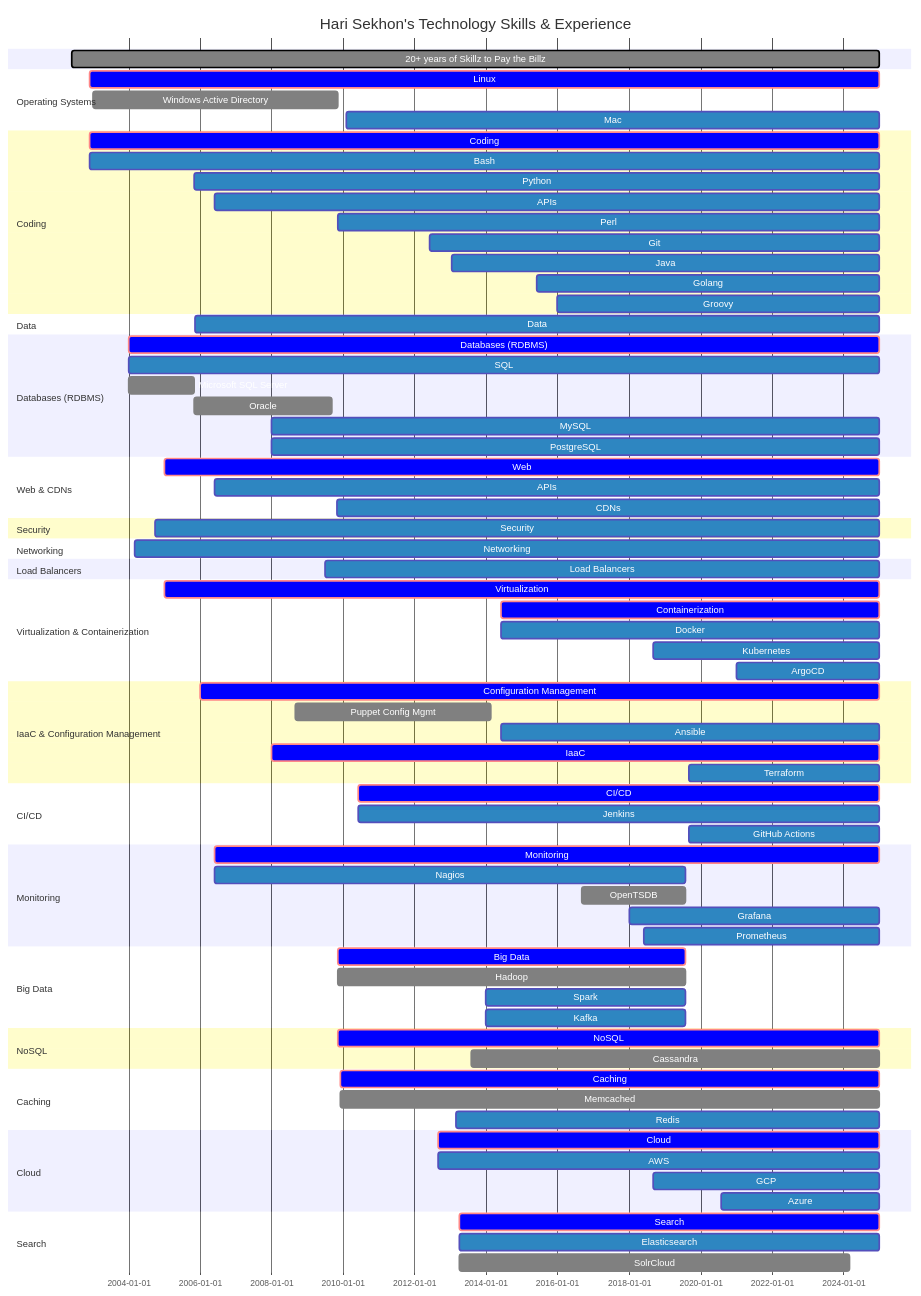
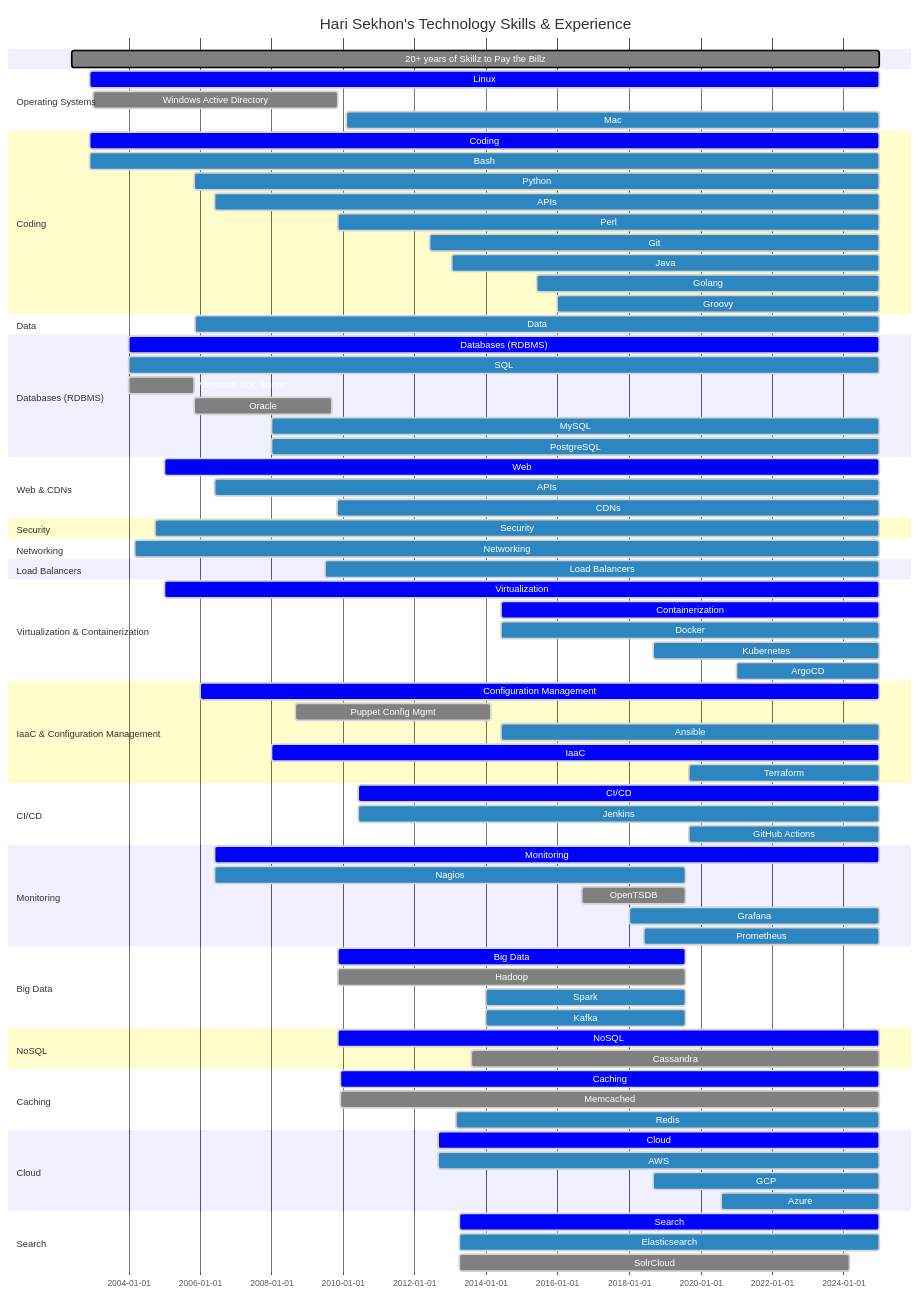
One commit to HariSekhon/HariSekhon changed the diagram in README.md. Above: the diagram before and after it, drawn with Mermaid.

```diff
--- a/README.md
+++ b/README.md
@@ -282,13 +282,18 @@
         'theme': 'default',
         'themeVariables': {
           'activeTaskBkgColor': '#2e86c1',
+          'activeTaskBorderColor': 'lightgrey',
+          'doneTaskBorderColor': 'lightgrey',
+          'critBorderColor': 'lightgrey',
           'critBkgColor': 'blue',
           'doneTaskBkgColor': 'grey',
           'taskBkgColor': 'grey',
           'taskBorderColor': 'black',
           'taskTextColor': 'white',
           'taskTextDarkColor': 'white',
-          'taskTextLightColor': 'black'
+          'taskTextLightColor': 'black',
+          'taskTextOutsideColor': 'white',
+          'taskTextClickableColor': 'white'
         }
     }
 }%%
```
